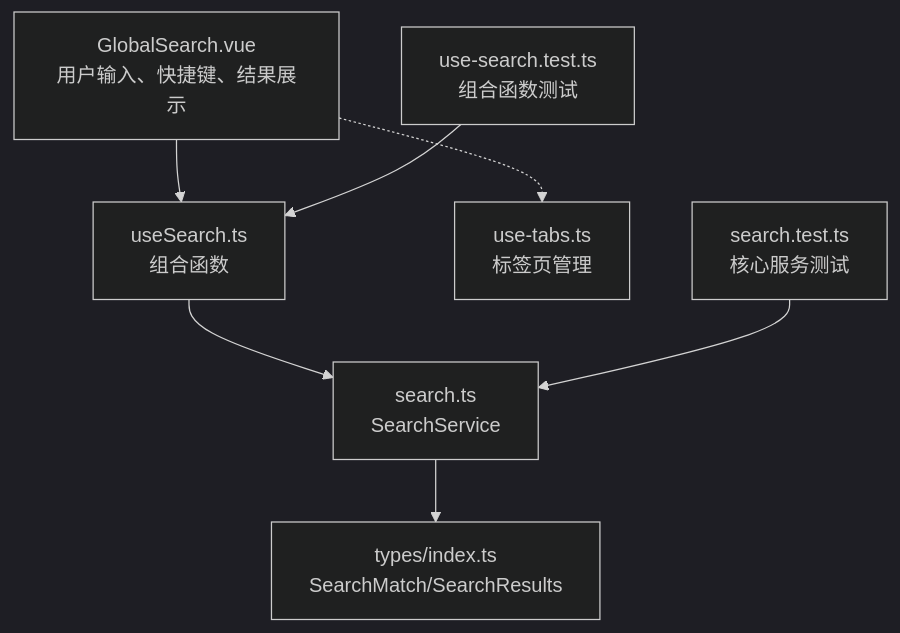
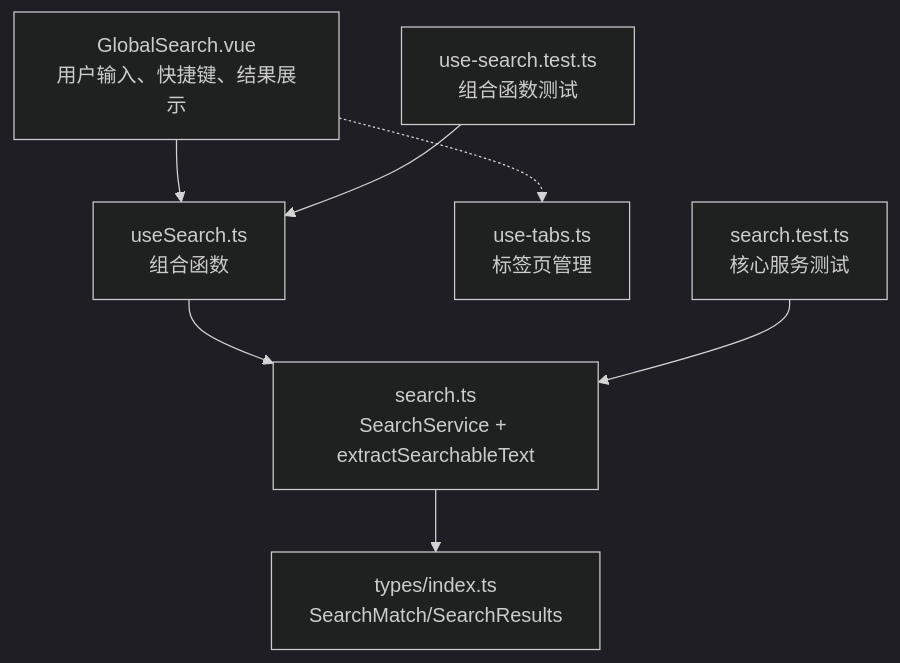
Before and after one commit to taoweidong/Hello-Tauri: the first of 4 diagrams in .qoder/repowiki/zh/content/架构设计/数据流模式/组合式函数数据逻辑/全局搜索组合函数.md, drawn with Mermaid (dark theme). The commit also changed other lines of this file and 8 other files, not shown here.

````diff
--- a/.qoder/repowiki/zh/content/架构设计/数据流模式/组合式函数数据逻辑/全局搜索组合函数.md
+++ b/.qoder/repowiki/zh/content/架构设计/数据流模式/组合式函数数据逻辑/全局搜索组合函数.md
@@ -55,9 +55,9 @@
 ```mermaid
 graph TB
 UI["GlobalSearch.vue<br/>用户输入、快捷键、结果展示"] --> CS["useSearch.ts<br/>组合函数"]
-CS --> SS["search.ts<br/>SearchService"]
+CS --> SS["search.ts<br/>SearchService + extractSearchableText"]
 SS --> Types["types/index.ts<br/>SearchMatch/SearchResults"]
 UI -.-> Tabs["use-tabs.ts<br/>标签页管理"]
 Tests["use-search.test.ts<br/>组合函数测试"] --> CS
 CoreTests["search.test.ts<br/>核心服务测试"] --> SS
 ```
````
